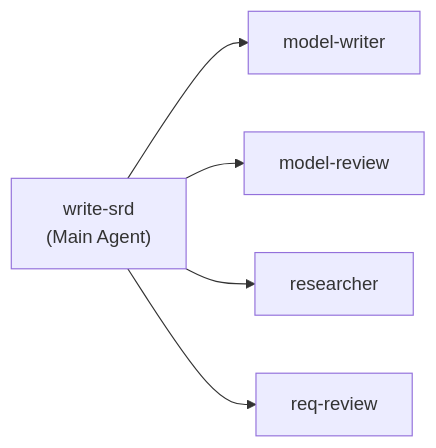
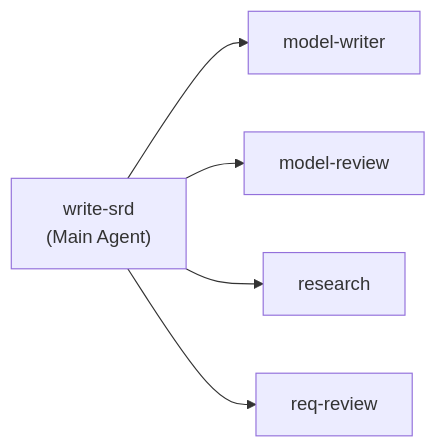
The second of 7 diagrams in docs/who-runs-which-skill.md (gabemahoney/SDLC), drawn with Mermaid before and after one commit. The commit also changed 5 other files, not shown here.

Commit message:
Merge researcher into research: one skill, reviewer is whoever asked (b.v38)

````diff
--- a/docs/who-runs-which-skill.md
+++ b/docs/who-runs-which-skill.md
@@ -17,8 +17,8 @@
 ```mermaid
 flowchart LR
   M["write-srd<br/>(Main Agent)"]
   M --> C0["model-writer"]
   M --> C1["model-review"]
-  M --> C2["researcher"]
+  M --> C2["research"]
   M --> C3["req-review"]
 ```
````
